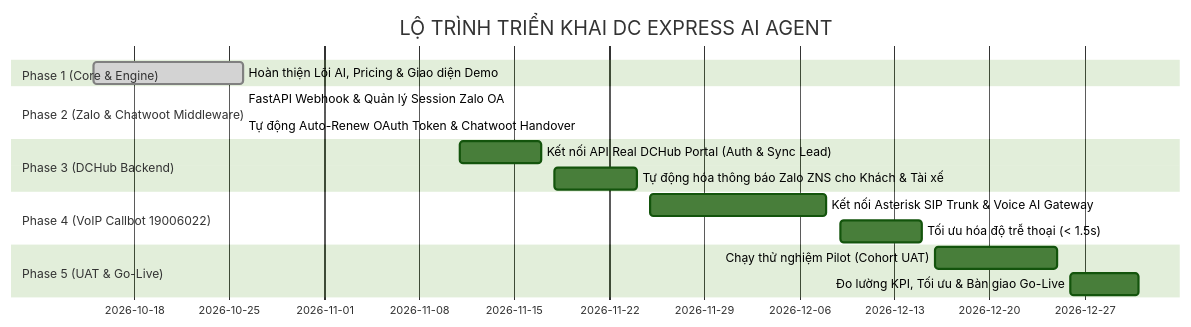
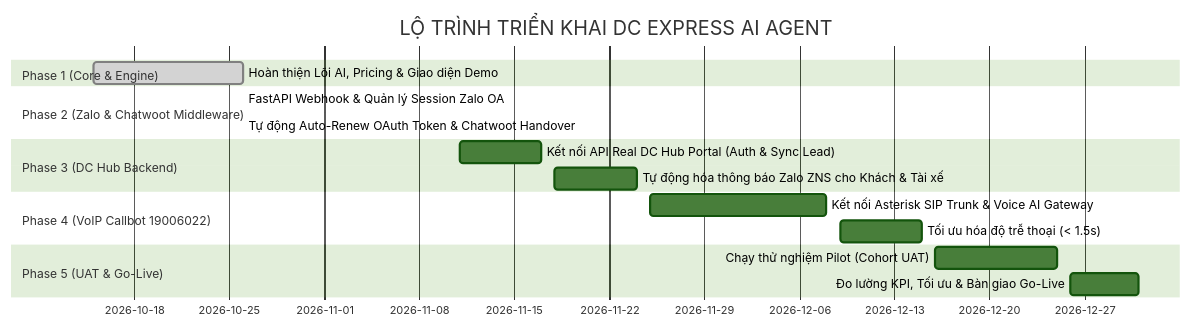
The diagram in ROADMAP.md (hoang-ama/dcexpress-ai-demo), drawn with Mermaid (forest theme) before and after one commit. The commit also changed other lines of this file and 10 other files, not shown here.

Commit message:
chore: đổi title và text hiển thị từ DCHub thành DC Hub

````diff
--- a/ROADMAP.md
+++ b/ROADMAP.md
@@ -72,19 +72,19 @@
 ```mermaid
 gantt
     title LỘ TRÌNH TRIỂN KHAI DC EXPRESS AI AGENT
     dateFormat  YYYY-MM-DD
     section Phase 1 (Core & Engine)
     Hoàn thiện Lõi AI, Pricing & Giao diện Demo       :done, p1, 2026-10-15, 2026-10-26
     section Phase 2 (Zalo & Chatwoot Middleware)
     FastAPI Webhook & Quản lý Session Zalo OA         :done, p2_1, 2026-10-26, 2026-10-26
     Tự động Auto-Renew OAuth Token & Chatwoot Handover:done, p2_2, 2026-10-26, 2026-10-26
-    section Phase 3 (DCHub Backend)
-    Kết nối API Real DCHub Portal (Auth & Sync Lead)  :p3_1, 2026-11-11, 2026-11-17
+    section Phase 3 (DC Hub Backend)
+    Kết nối API Real DC Hub Portal (Auth & Sync Lead)  :p3_1, 2026-11-11, 2026-11-17
     Tự động hóa thông báo Zalo ZNS cho Khách & Tài xế:p3_2, 2026-11-18, 2026-11-24
     section Phase 4 (VoIP Callbot 19006022)
     Kết nối Asterisk SIP Trunk & Voice AI Gateway    :p4_1, 2026-11-25, 2026-12-08
     Tối ưu hóa độ trễ thoại (< 1.5s)                 :p4_2, 2026-12-09, 2026-12-15
     section Phase 5 (UAT & Go-Live)
     Chạy thử nghiệm Pilot (Cohort UAT)               :p5_1, 2026-12-16, 2026-12-25
     Đo lường KPI, Tối ưu & Bàn giao Go-Live           :p5_2, 2026-12-26, 2026-12-31
 ```
````
